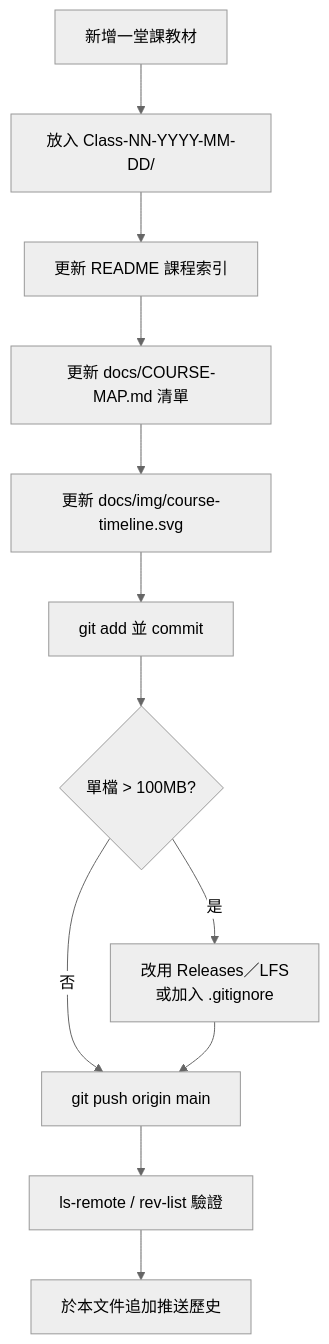
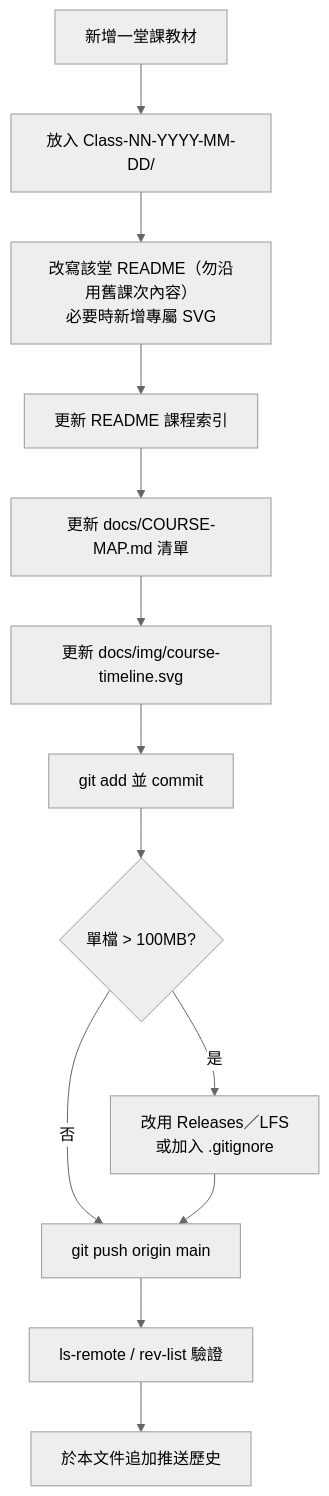
Before and after one commit to yd7148/INDUSTRY-4.0: the sixth of 6 diagrams in docs/PUSH-RECORD.md, drawn with Mermaid (neutral theme). The commit also changed other lines of this file and 4 other files, not shown here.

Commit message:
Sync docs for Class-26 (26 classes, 27 videos, timeline and SVG)

````diff
--- a/docs/PUSH-RECORD.md
+++ b/docs/PUSH-RECORD.md
@@ -266,14 +337,15 @@
 ```mermaid
 flowchart TD
     A["新增一堂課教材"] --> B["放入 Class-NN-YYYY-MM-DD/"]
-    B --> C["更新 README 課程索引"]
+    B --> B2["改寫該堂 README（勿沿用舊課次內容）<br/>必要時新增專屬 SVG"]
+    B2 --> C["更新 README 課程索引"]
     C --> D["更新 docs/COURSE-MAP.md 清單"]
     D --> E["更新 docs/img/course-timeline.svg"]
     E --> F["git add 並 commit"]
     F --> G{"單檔 > 100MB?"}
     G -->|是| H["改用 Releases／LFS<br/>或加入 .gitignore"]
     G -->|否| I["git push origin main"]
     H --> I
     I --> J["ls-remote / rev-list 驗證"]
     J --> K["於本文件追加推送歷史"]
 ```
````
